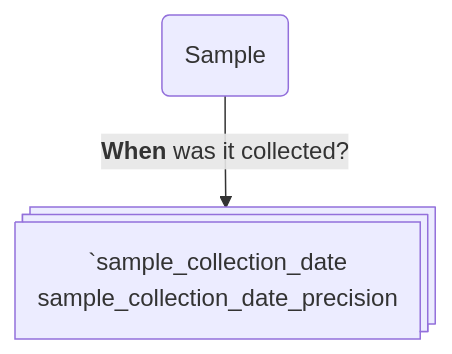
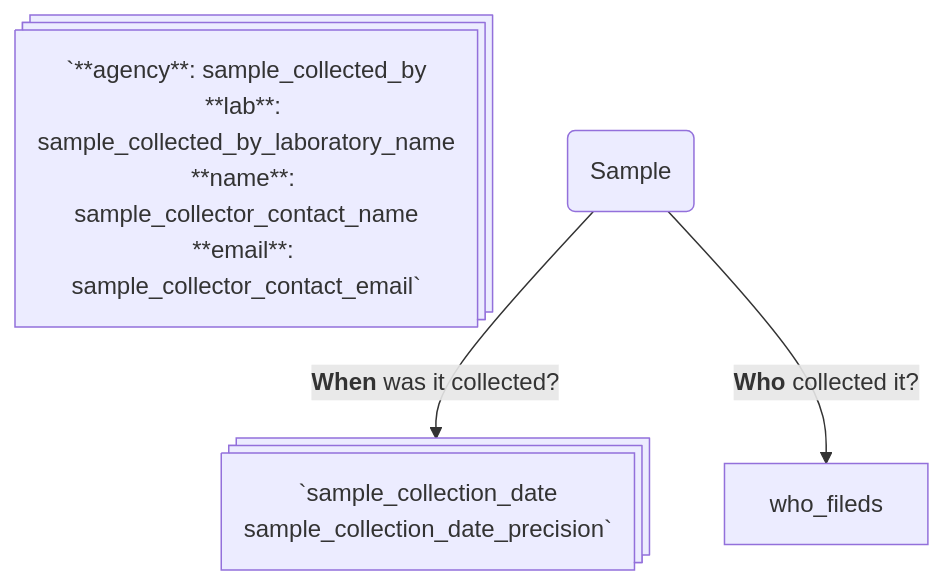
Before and after one commit to grdi-amr/docs-and-SOPs: the second of 2 diagrams in metadata_standards_sop.md, drawn with Mermaid.

Commit message:
adds 'who fields' node

````diff
--- a/metadata_standards_sop.md
+++ b/metadata_standards_sop.md
@@ -208,9 +208,14 @@
 ```mermaid
 graph TD
 
 time_fields@{shape: procs, label: "`sample_collection_date
-                                    sample_collection_date_precision"}
+                                    sample_collection_date_precision`"}
+who_fields@{shape: procs, label: "`**agency**: sample_collected_by
+                                   **lab**: sample_collected_by_laboratory_name
+                                   **name**: sample_collector_contact_name
+                                   **email**: sample_collector_contact_email`"}
 
 sam("Sample") --> |"`**When** was it collected?`"| time_fields
+sam("Sample") --> |"`**Who** collected it?`"     | who_fileds
 
 ```
````
